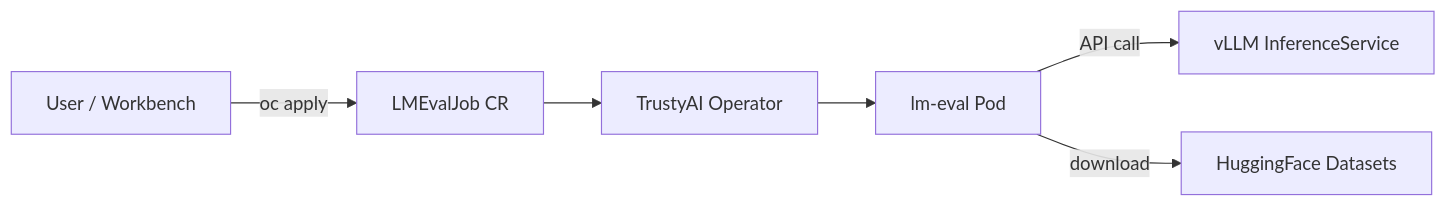
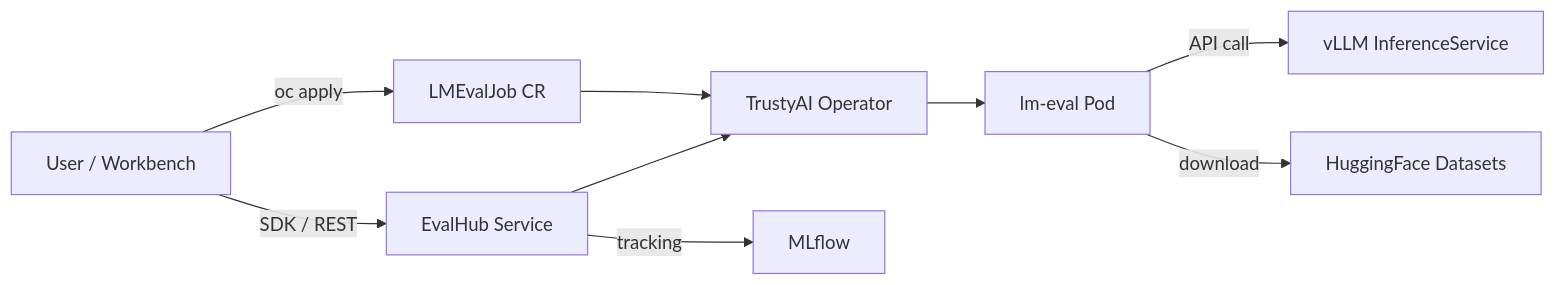
One commit to hyogrin/rhoai-lmeval-builder-lab changed the diagram in README.md. Above: the diagram before and after it, drawn with Mermaid. The commit also changed other lines of this file, not shown here.

````diff
--- a/README.md
+++ b/README.md
@@ -7,8 +7,11 @@
 ```mermaid
 flowchart LR
     User[User / Workbench] -->|oc apply| CRD[LMEvalJob CR]
+    User -->|SDK / REST| EvalHub[EvalHub Service]
     CRD --> Operator[TrustyAI Operator]
+    EvalHub --> Operator
     Operator --> Pod[lm-eval Pod]
     Pod -->|API call| vLLM[vLLM InferenceService]
     Pod -->|download| HF[HuggingFace Datasets]
+    EvalHub -->|tracking| MLflow[MLflow]
 ```
````
